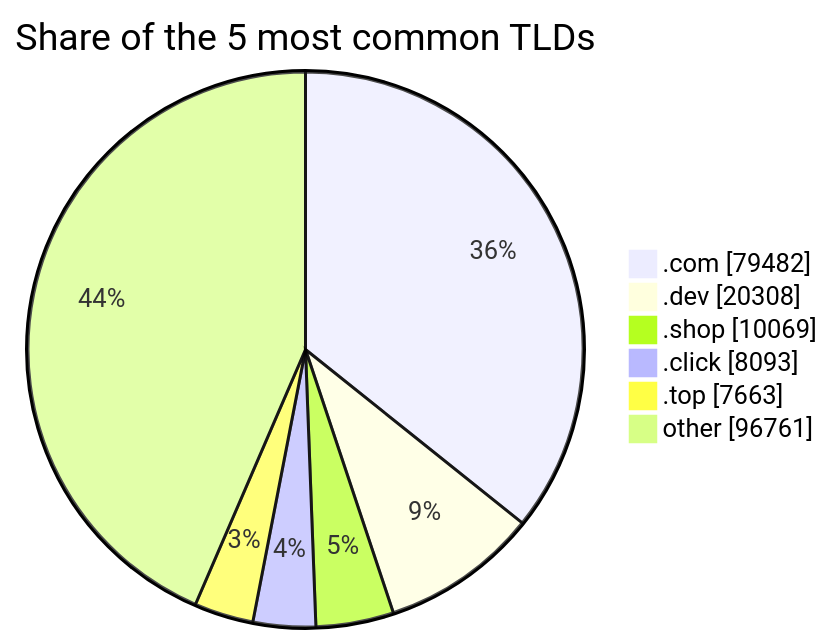
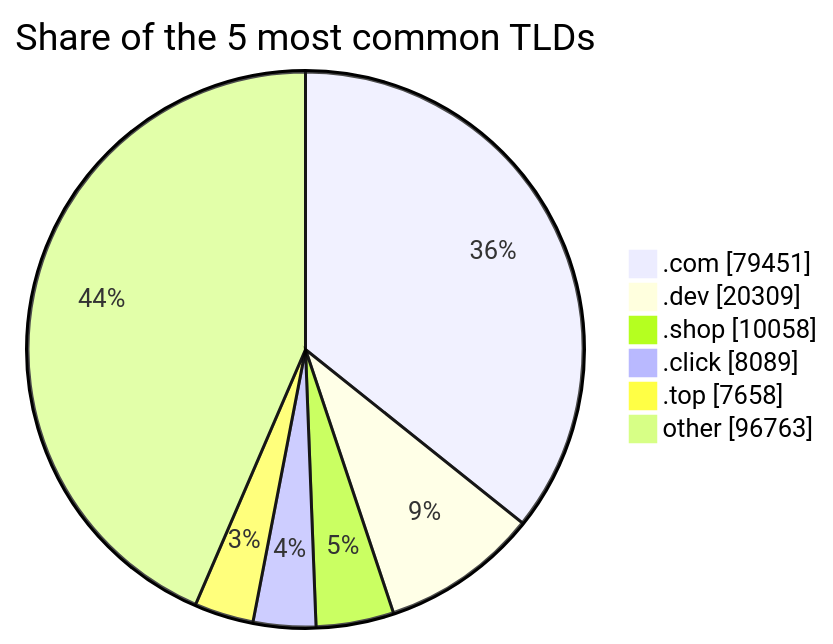
The third of 3 diagrams in README.md (DNSBunker/CTI), drawn with Mermaid before and after one commit. The commit also changed other lines of this file and 3 other files, not shown here.

````diff
--- a/README.md
+++ b/README.md
@@ -81,9 +81,9 @@
 ```mermaid
 pie showData title Share of the 5 most common TLDs
-    ".com" : 79482
-    ".dev" : 20308
-    ".shop" : 10069
-    ".click" : 8093
-    ".top" : 7663
-    "other" : 96761
+    ".com" : 79451
+    ".dev" : 20309
+    ".shop" : 10058
+    ".click" : 8089
+    ".top" : 7658
+    "other" : 96763
 ```
````
